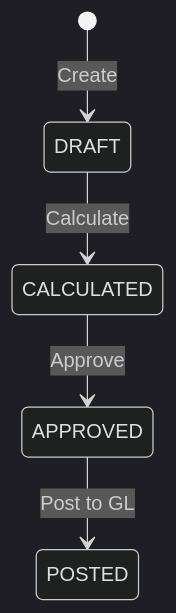
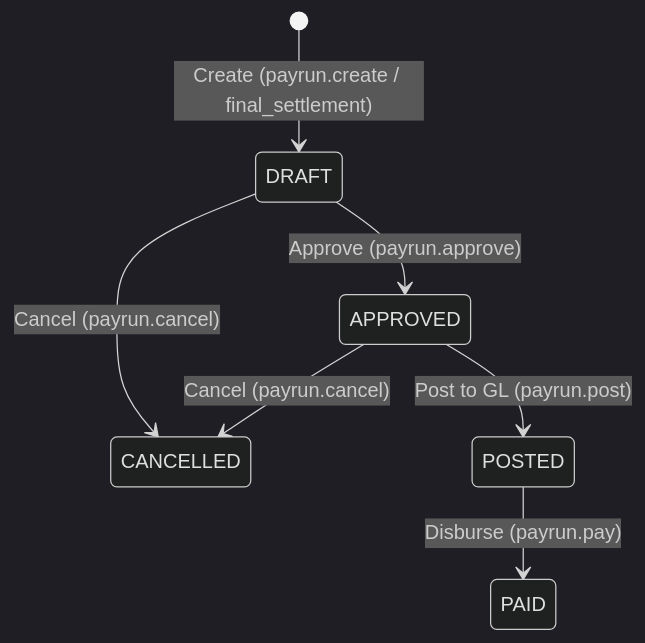
One commit to tenarm/docs changed the diagram in user-guides/modules/payroll.md. Above: the diagram before and after it, drawn with Mermaid (dark theme). The commit also changed other lines of this file and 5 other files, not shown here.

````diff
--- a/user-guides/modules/payroll.md
+++ b/user-guides/modules/payroll.md
@@ -37,7 +40,9 @@
 ```mermaid
 stateDiagram-v2
-    [*] --> DRAFT : Create
-    DRAFT --> CALCULATED : Calculate
-    CALCULATED --> APPROVED : Approve
-    APPROVED --> POSTED : Post to GL
+    [*] --> DRAFT : Create (payrun.create / final_settlement)
+    DRAFT --> APPROVED : Approve (payrun.approve)
+    DRAFT --> CANCELLED : Cancel (payrun.cancel)
+    APPROVED --> POSTED : Post to GL (payrun.post)
+    APPROVED --> CANCELLED : Cancel (payrun.cancel)
+    POSTED --> PAID : Disburse (payrun.pay)
 ```
````
